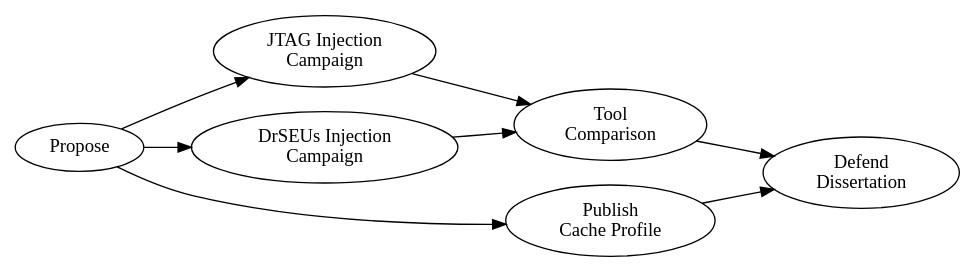
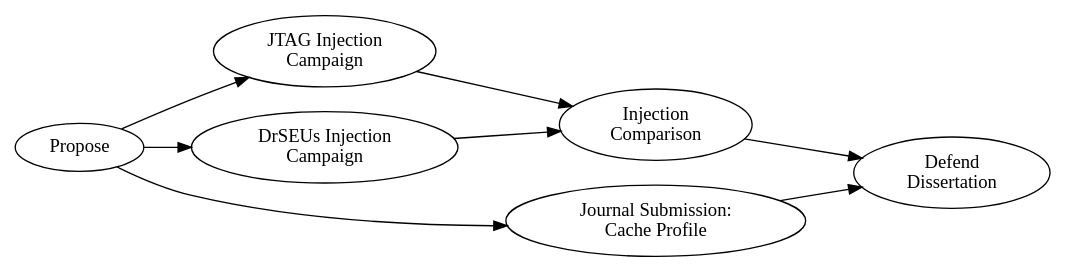
One commit to jcmarsh/Research_Notes changed the diagram in proposal/plan.dot. Above: the diagram before and after it, drawn with Graphviz. The commit also changed 1 other file, not shown here.

```diff
--- a/proposal/plan.dot
+++ b/proposal/plan.dot
@@ -1,19 +1,19 @@
 digraph Plan {
 	rankdir=LR;
 	Propose;
 	JTAG [label="JTAG Injection\nCampaign"];
 	DrSEUs [label="DrSEUs Injection\nCampaign"];
-	Tool [label="Tool\nComparison"];
-	Publish [label="Publish\nCache Profile"];
+	Tool [label="Injection\nComparison"];
+	Publish [label="Journal Submission:\nCache Profile"];
 	Defend [label="Defend\nDissertation"];
 
  	Propose -> JTAG;
 	Propose -> DrSEUs;
 	Propose -> Publish;
 
 	JTAG -> Tool;
 	DrSEUs -> Tool;
 
 	Tool -> Defend;
 	Publish -> Defend;
 }
```
